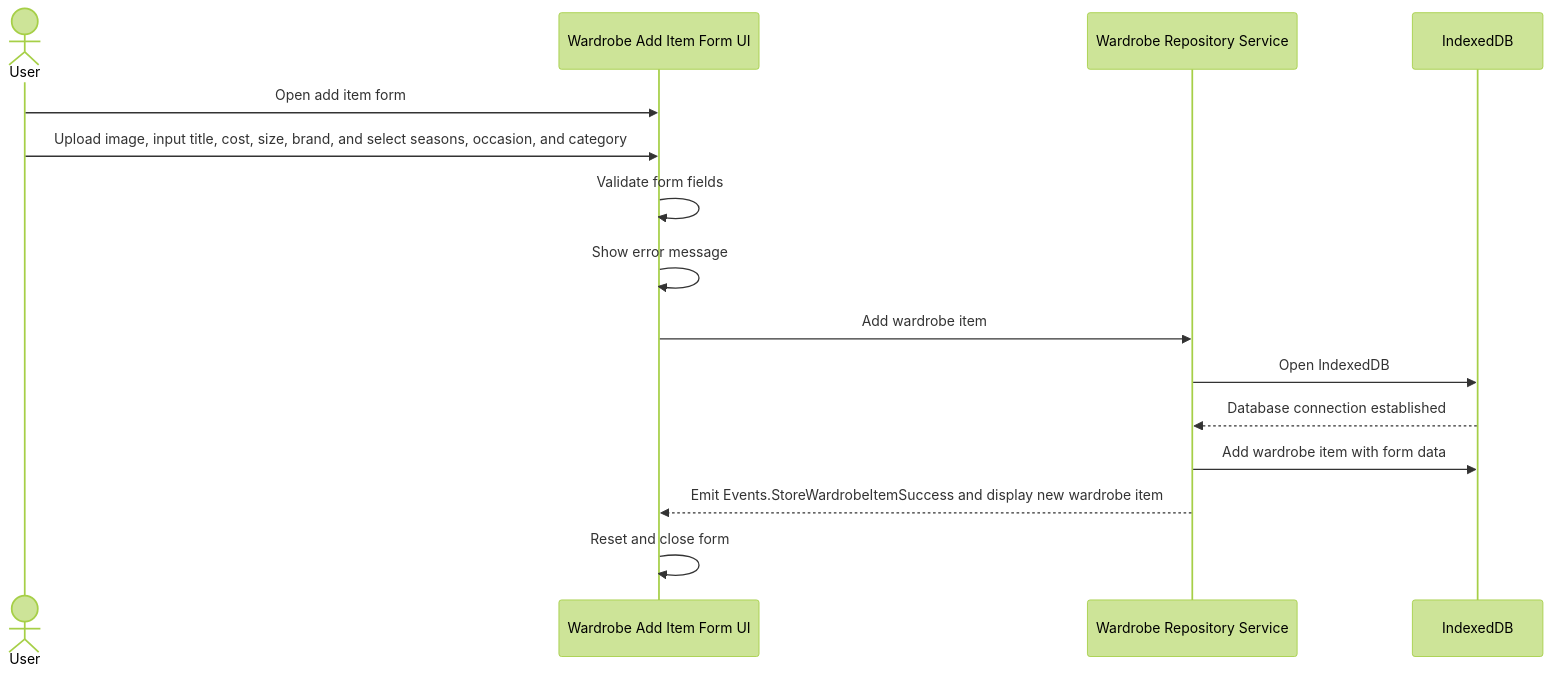
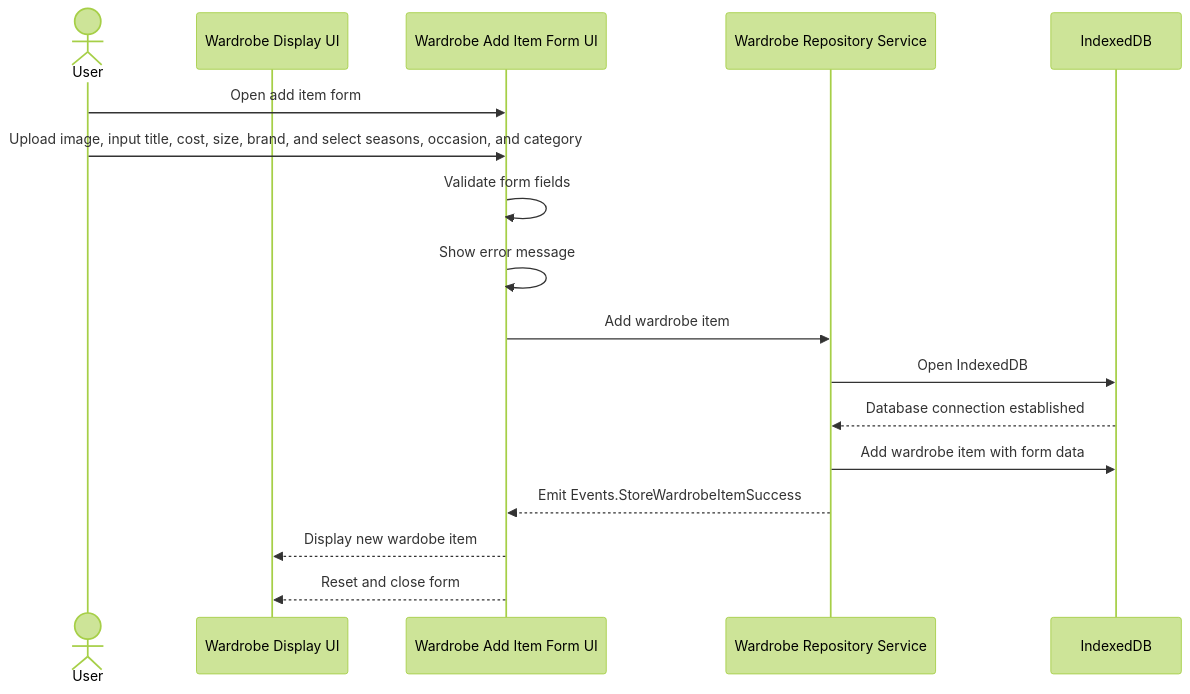
Before and after one commit to nhan0504/CS326: the diagram in team/m3/ashley_mcnamara/feature-sequence-diagram.md, drawn with Mermaid (forest theme).

````diff
--- a/team/m3/ashley_mcnamara/feature-sequence-diagram.md
+++ b/team/m3/ashley_mcnamara/feature-sequence-diagram.md
@@ -7,18 +7,20 @@
 ```mermaid
 sequenceDiagram
     actor User as User
+    participant WardrobeDisplayUI as Wardrobe Display UI
     participant WardrobeAddFormUI as Wardrobe Add Item Form UI
     participant WardrobeRepositoryService as Wardrobe Repository Service
     participant IndexedDB as IndexedDB
 
     User ->> WardrobeAddFormUI: Open add item form
     User ->> WardrobeAddFormUI: Upload image, input title, cost, size, brand, and select seasons, occasion, and category
     WardrobeAddFormUI ->> WardrobeAddFormUI: Validate form fields
     WardrobeAddFormUI ->> WardrobeAddFormUI: Show error message
     WardrobeAddFormUI ->> WardrobeRepositoryService: Add wardrobe item
     WardrobeRepositoryService ->> IndexedDB: Open IndexedDB
     IndexedDB -->> WardrobeRepositoryService: Database connection established
     WardrobeRepositoryService ->> IndexedDB: Add wardrobe item with form data
-    WardrobeRepositoryService -->> WardrobeAddFormUI: Emit Events.StoreWardrobeItemSuccess and display new wardrobe item
-    WardrobeAddFormUI ->> WardrobeAddFormUI: Reset and close form
+    WardrobeRepositoryService -->> WardrobeAddFormUI: Emit Events.StoreWardrobeItemSuccess
+    WardrobeAddFormUI -->> WardrobeDisplayUI: Display new wardobe item
+    WardrobeAddFormUI -->> WardrobeDisplayUI: Reset and close form
 ```
````
